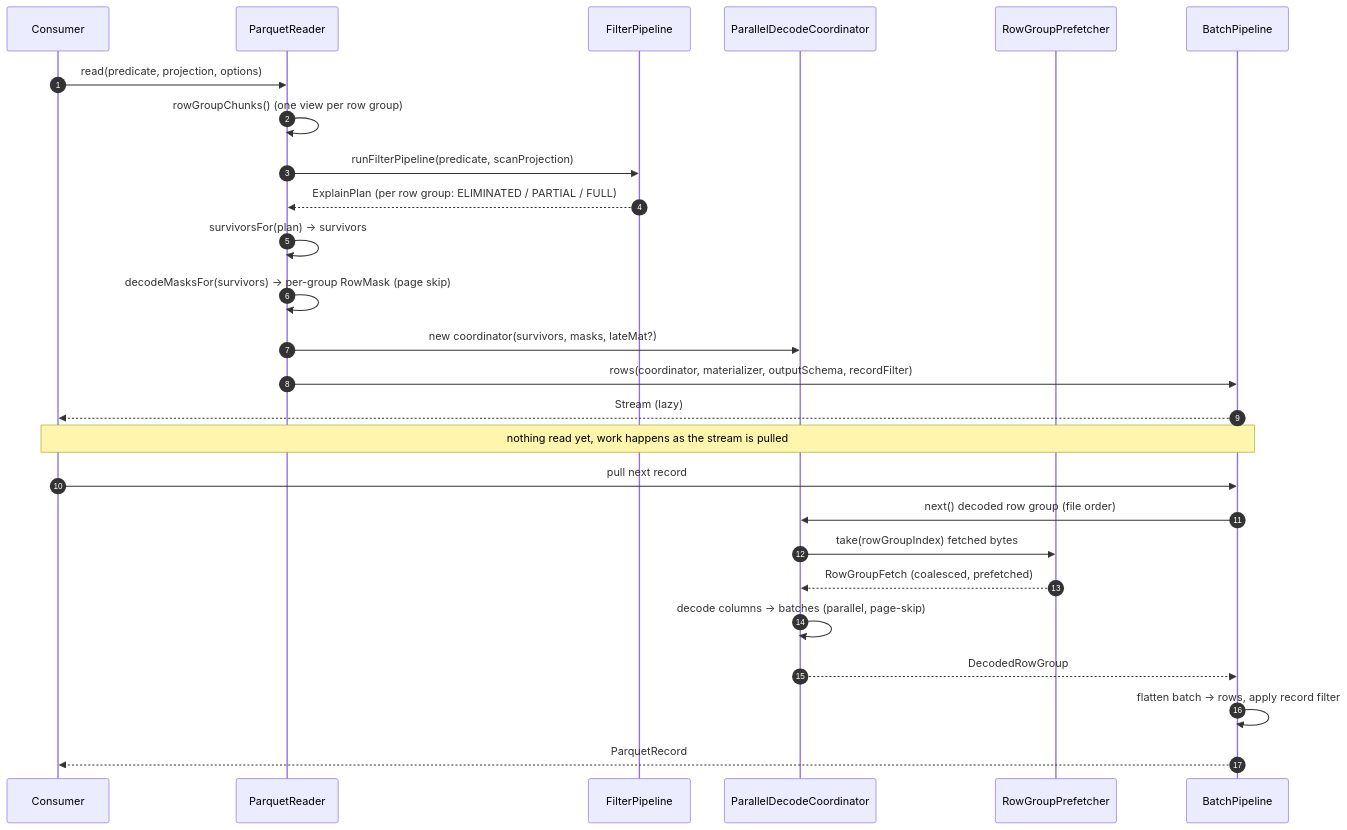
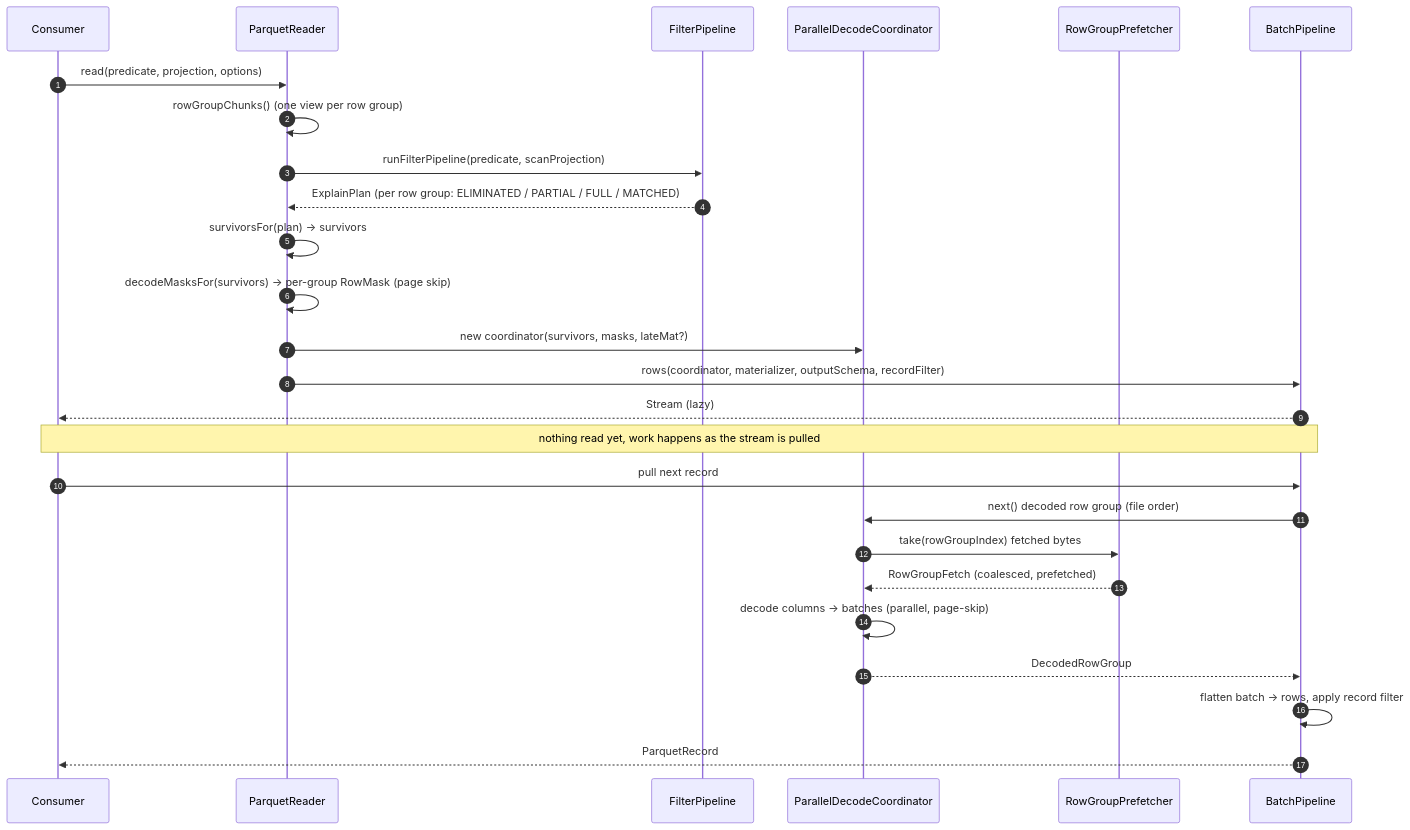
One commit to tileverse-io/parquetry changed the third of 7 diagrams in docs/read-path.md. Above: the diagram before and after it, drawn with Mermaid. The commit also changed other lines of this file and 29 other files, not shown here.

````diff
--- a/docs/read-path.md
+++ b/docs/read-path.md
@@ -90,31 +90,31 @@
 ```mermaid
 sequenceDiagram
     autonumber
     participant C as Consumer
     participant R as ParquetReader
     participant FP as FilterPipeline
     participant DC as ParallelDecodeCoordinator
     participant PF as RowGroupPrefetcher
     participant BP as BatchPipeline
 
     C->>R: read(predicate, projection, options)
     R->>R: rowGroupChunks() (one view per row group)
     R->>FP: runFilterPipeline(predicate, scanProjection)
-    FP-->>R: ExplainPlan (per row group: ELIMINATED / PARTIAL / FULL)
+    FP-->>R: ExplainPlan (per row group: ELIMINATED / PARTIAL / FULL / MATCHED)
     R->>R: survivorsFor(plan) -> survivors
     R->>R: decodeMasksFor(survivors) -> per-group RowMask (page skip)
     R->>DC: new coordinator(survivors, masks, lateMat?)
     R->>BP: rows(coordinator, materializer, outputSchema, recordFilter)
     BP-->>C: Stream (lazy)
 
     Note over C,BP: nothing read yet, work happens as the stream is pulled
 
     C->>BP: pull next record
     BP->>DC: next() decoded row group (file order)
     DC->>PF: take(rowGroupIndex) fetched bytes
     PF-->>DC: RowGroupFetch (coalesced, prefetched)
     DC->>DC: decode columns -> batches (parallel, page-skip)
     DC-->>BP: DecodedRowGroup
     BP->>BP: flatten batch -> rows, apply record filter
     BP-->>C: ParquetRecord
 ```
````
